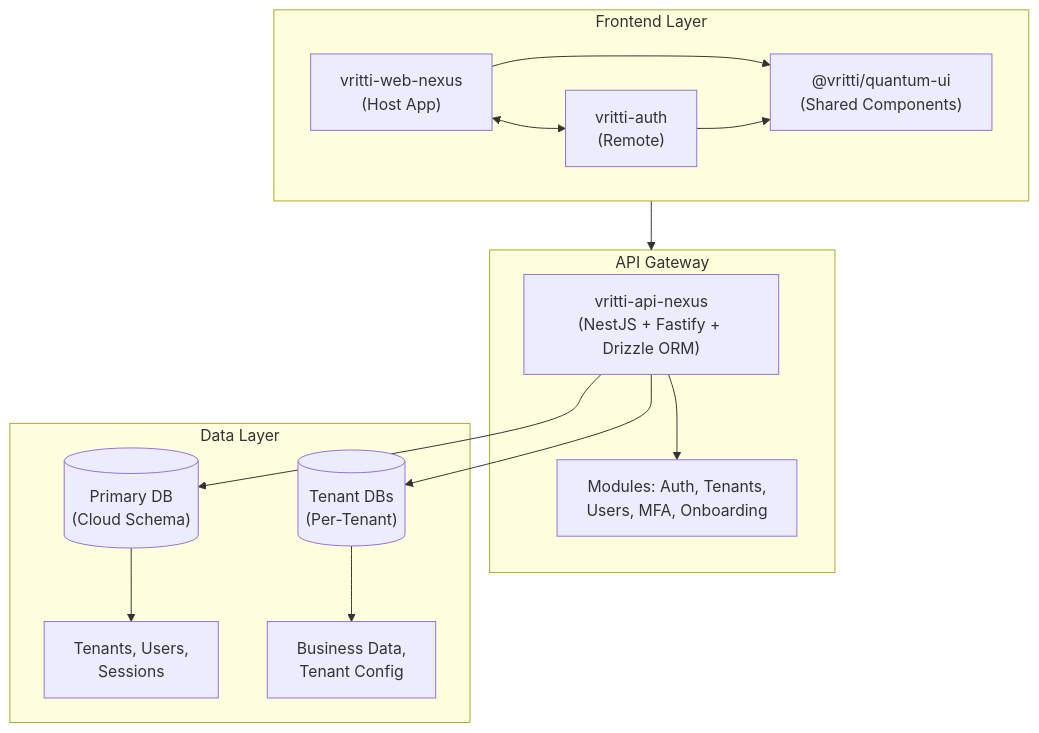
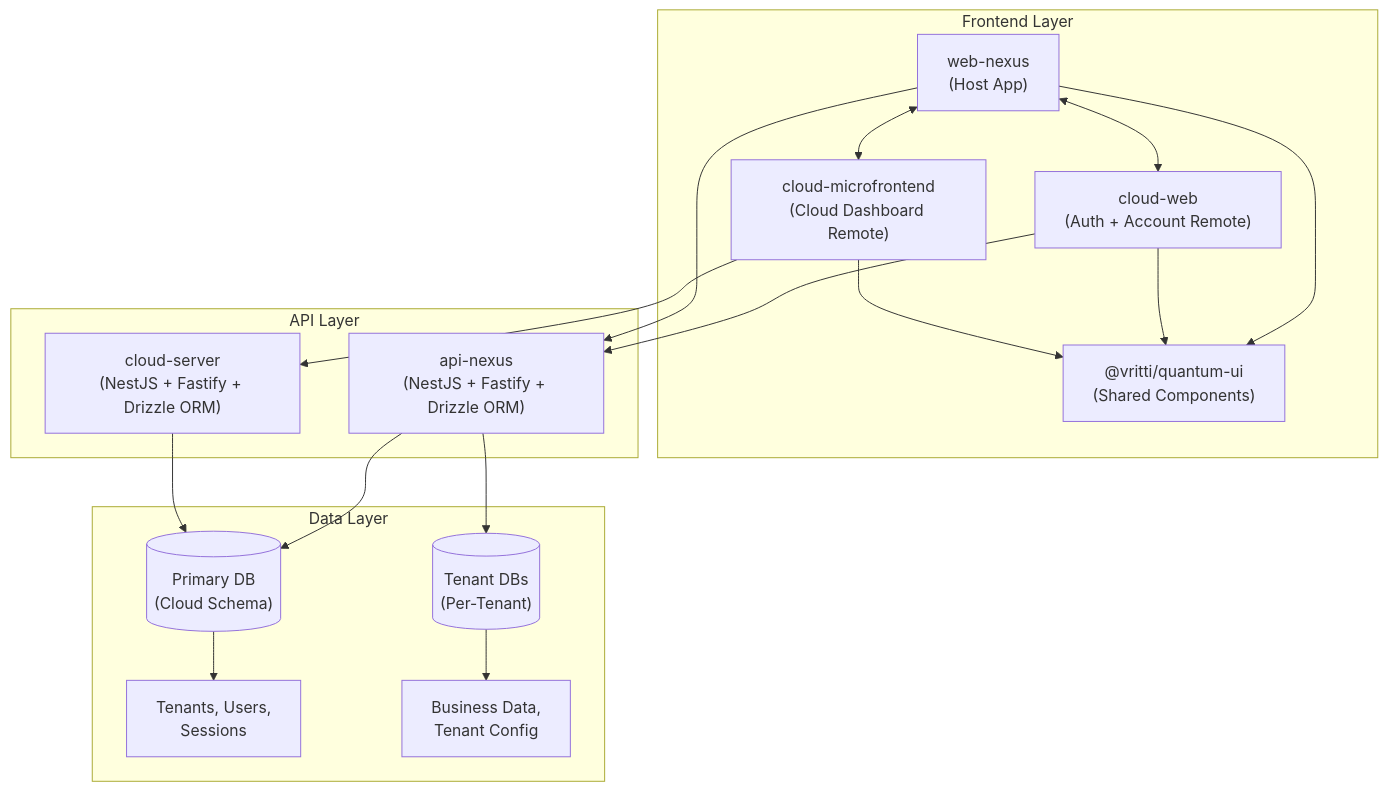
Before and after one commit to vritti-ai-platforms/developer-docs: the first of 2 diagrams in architecture/overview.mdx, drawn with Mermaid. The commit also changed other lines of this file and 11 other files, not shown here.

First line of the commit message:
refactor: update project name and micro-frontend references in web-nexus documentation

````diff
--- a/architecture/overview.mdx
+++ b/architecture/overview.mdx
@@ -27,30 +27,35 @@
 ```mermaid
 flowchart TB
     subgraph Frontend["Frontend Layer"]
-        WebNexus["vritti-web-nexus<br/>(Host App)"]
-        Auth["vritti-auth<br/>(Remote)"]
+        WebNexus["web-nexus<br/>(Host App)"]
+        CloudWeb["cloud-web<br/>(Auth + Account Remote)"]
+        CloudMF["cloud-microfrontend<br/>(Cloud Dashboard Remote)"]
         QuantumUI["@vritti/quantum-ui<br/>(Shared Components)"]
 
-        WebNexus <--> Auth
+        WebNexus <--> CloudWeb
+        WebNexus <--> CloudMF
         WebNexus --> QuantumUI
-        Auth --> QuantumUI
+        CloudWeb --> QuantumUI
+        CloudMF --> QuantumUI
     end
 
-    subgraph API["API Gateway"]
-        APINexus["vritti-api-nexus<br/>(NestJS + Fastify + Drizzle ORM)"]
-        Modules["Modules: Auth, Tenants,<br/>Users, MFA, Onboarding"]
-        APINexus --> Modules
+    subgraph APIs["API Layer"]
+        APINexus["api-nexus<br/>(NestJS + Fastify + Drizzle ORM)"]
+        CloudServer["cloud-server<br/>(NestJS + Fastify + Drizzle ORM)"]
     end
 
     subgraph Data["Data Layer"]
         PrimaryDB[("Primary DB<br/>(Cloud Schema)")]
         TenantDBs[("Tenant DBs<br/>(Per-Tenant)")]
 
         PrimaryDB --> Users2["Tenants, Users,<br/>Sessions"]
         TenantDBs --> Business["Business Data,<br/>Tenant Config"]
     end
 
-    Frontend --> API
+    CloudWeb --> APINexus
+    WebNexus --> APINexus
+    CloudMF --> CloudServer
     APINexus --> PrimaryDB
     APINexus --> TenantDBs
+    CloudServer --> PrimaryDB
 ```
````
